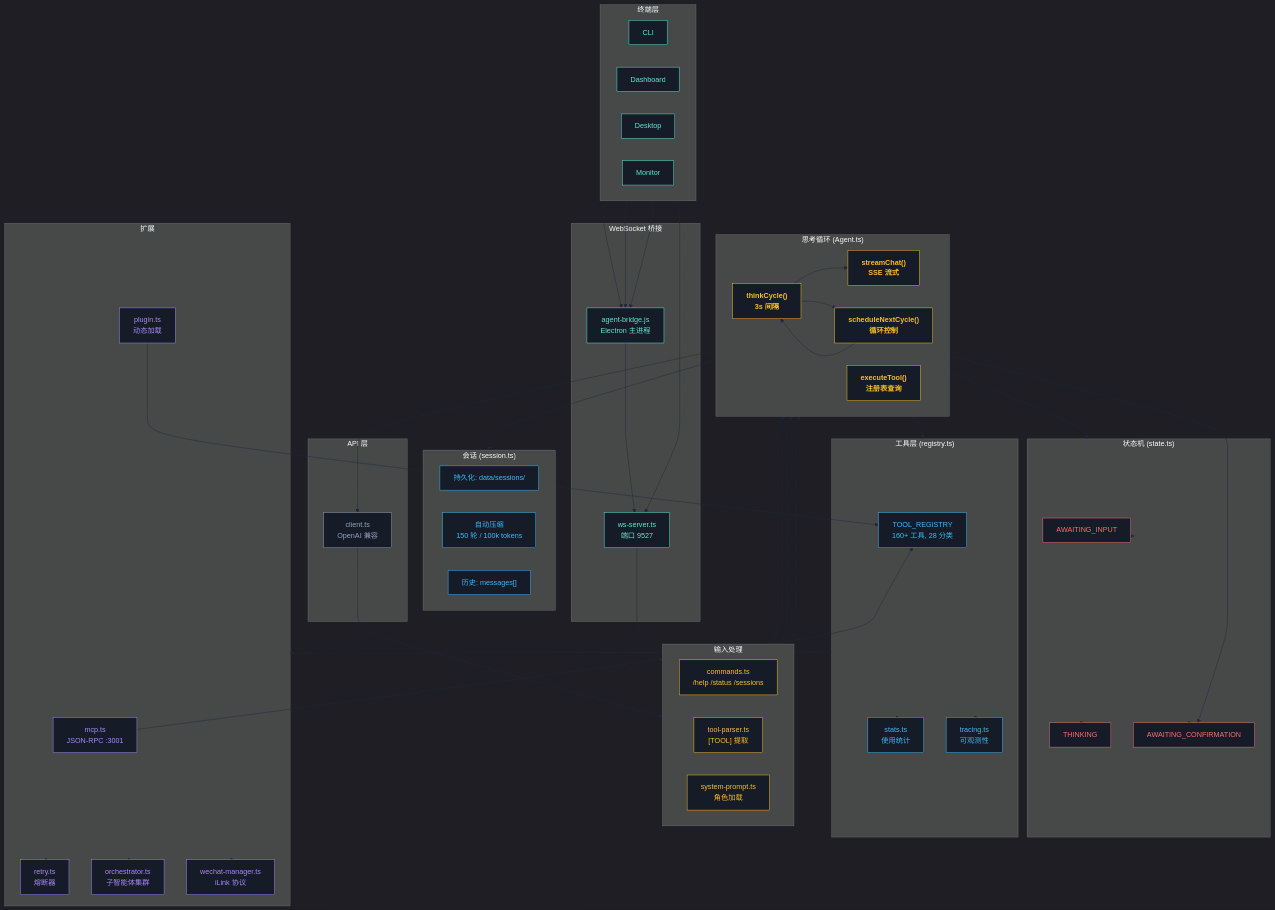
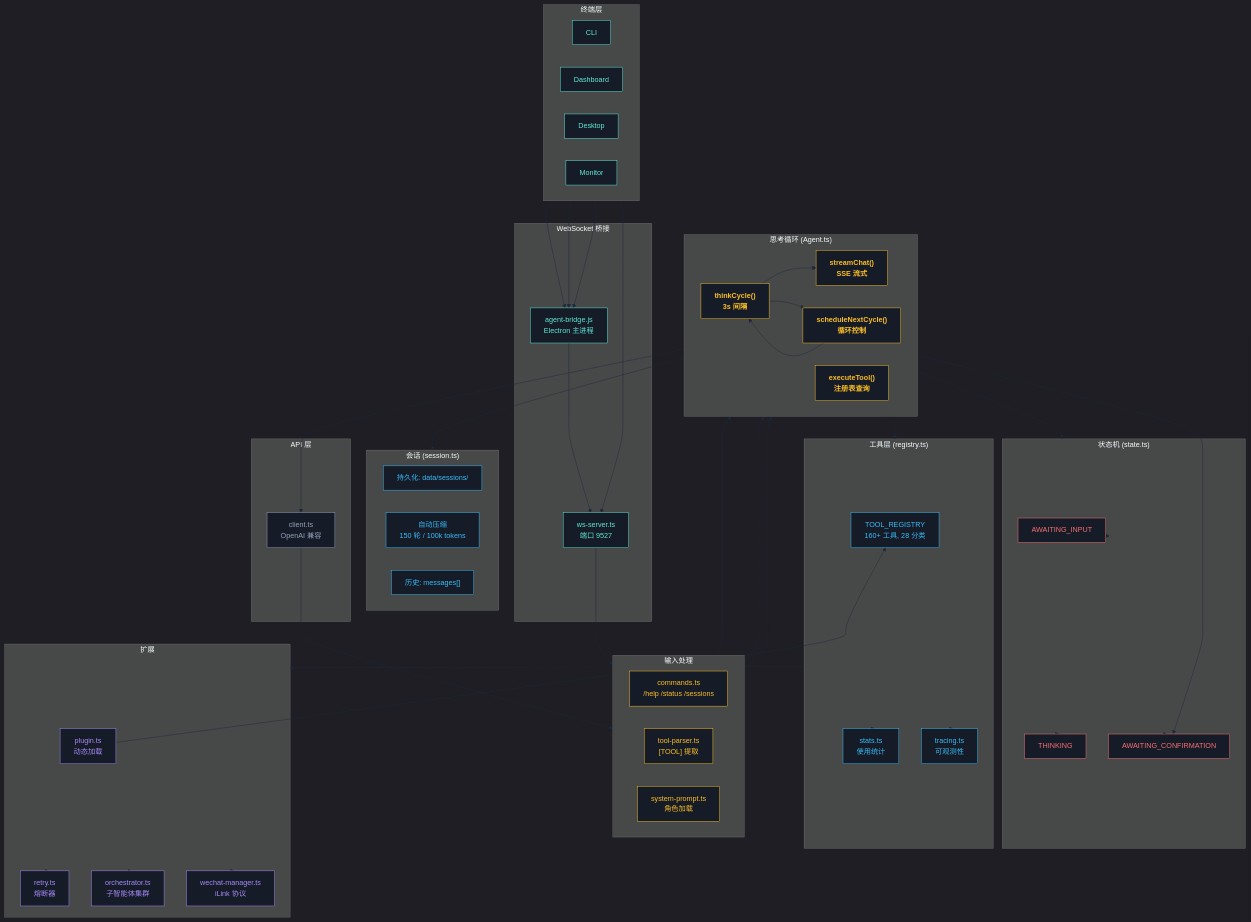
Before and after one commit to 1486853830/CogitoAgent: the second of 3 diagrams in README.zh.md, drawn with Mermaid. The commit also changed other lines of this file and 55 other files, not shown here.

````diff
--- a/README.zh.md
+++ b/README.zh.md
@@ -246,7 +235,6 @@
     end
 
     subgraph EXT["扩展"]
-        MCP["mcp.ts<br/>JSON-RPC :3001"]
         PLUGIN["plugin.ts<br/>动态加载"]
         RETRY["retry.ts<br/>熔断器"]
         CLUSTER["orchestrator.ts<br/>子智能体集群"]
@@ -288,7 +276,6 @@
     EXT --> CLUSTER
     EXT --> WECHAT
     PLUGIN --> REG
-    MCP --> REG
 
     THINK --> CYCLE
     CYCLE --> THINK
@@ -310,6 +297,6 @@
     class AWAIT,THINKING,CONFIRM state;
     class PERSIST,COMPRESS,HISTORY session;
     class REG,STATS,TRACE tools;
-    class MCP,PLUGIN,RETRY,CLUSTER,WECHAT ext;
+    class PLUGIN,RETRY,CLUSTER,WECHAT ext;
     class LLM api;
 ```
````
